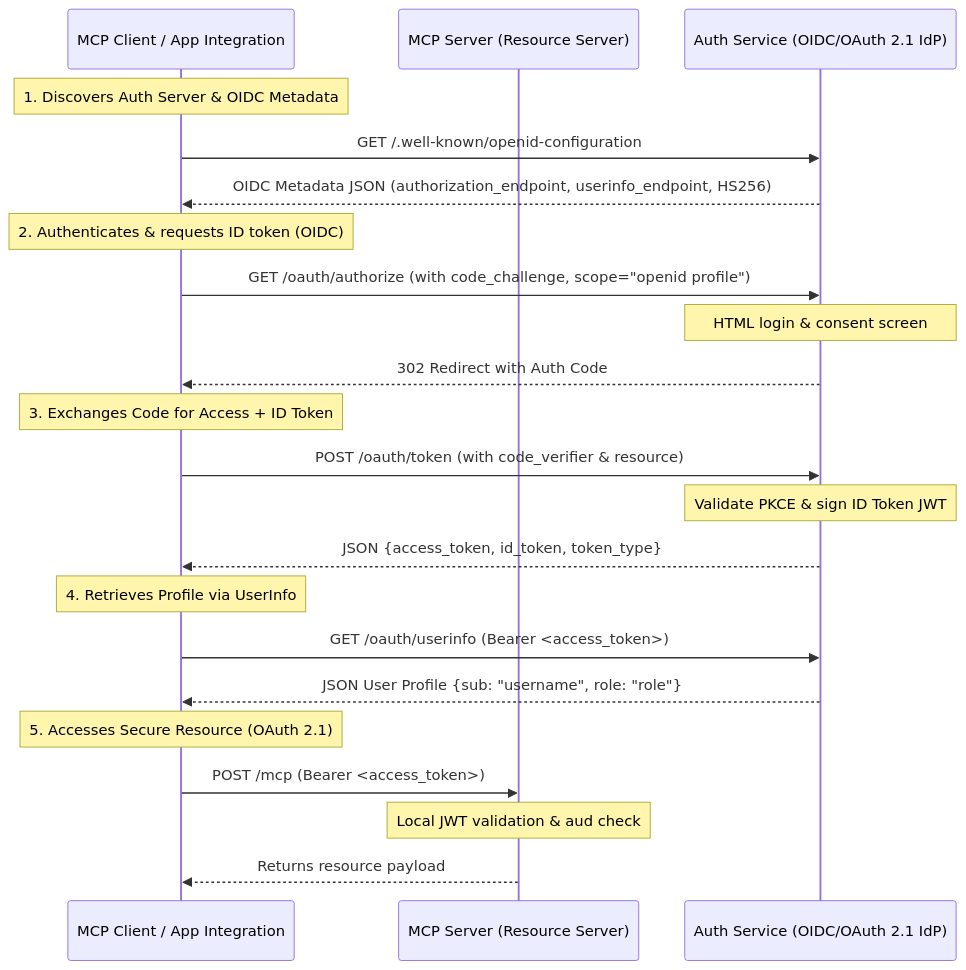
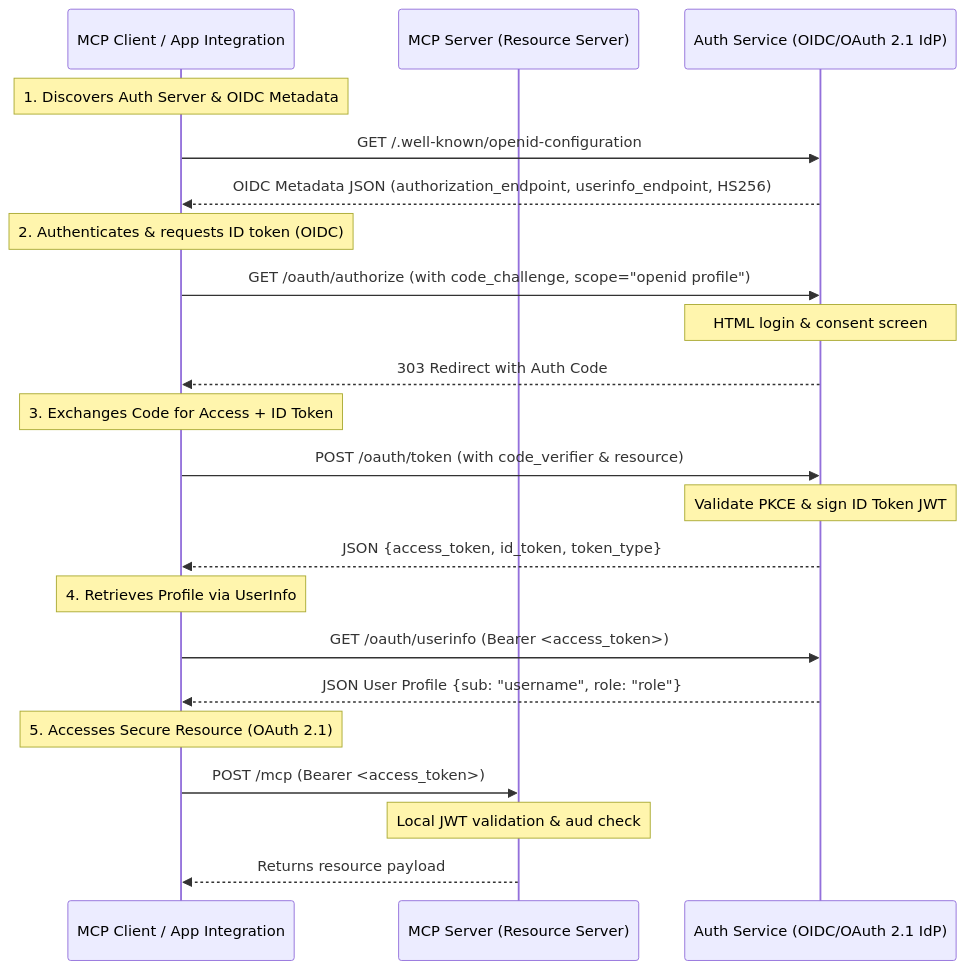
Before and after one commit to shangar-t-a/bella-keys-personal-assist: the diagram in docs/developer/mcp-authorization.md, drawn with Mermaid. The commit also changed other lines of this file and 38 other files, not shown here.

First line of the commit message:
feat(auth): implement oauth 2.1 pkce flow and custom protocol deep-linking

````diff
--- a/docs/developer/mcp-authorization.md
+++ b/docs/developer/mcp-authorization.md
@@ -14,29 +15,29 @@
 ```mermaid
 sequenceDiagram
     participant C as MCP Client / App Integration
     participant M as MCP Server (Resource Server)
     participant A as Auth Service (OIDC/OAuth 2.1 IdP)
 
     Note over C: 1. Discovers Auth Server & OIDC Metadata
     C->>A: GET /.well-known/openid-configuration
     A-->>C: OIDC Metadata JSON (authorization_endpoint, userinfo_endpoint, HS256)
 
     Note over C: 2. Authenticates & requests ID token (OIDC)
     C->>A: GET /oauth/authorize (with code_challenge, scope="openid profile")
     Note over A: HTML login & consent screen
-    A-->>C: 302 Redirect with Auth Code
+    A-->>C: 303 Redirect with Auth Code
 
     Note over C: 3. Exchanges Code for Access + ID Token
     C->>A: POST /oauth/token (with code_verifier & resource)
     Note over A: Validate PKCE & sign ID Token JWT
     A-->>C: JSON {access_token, id_token, token_type}
 
     Note over C: 4. Retrieves Profile via UserInfo
     C->>A: GET /oauth/userinfo (Bearer <access_token>)
     A-->>C: JSON User Profile {sub: "username", role: "role"}
 
     Note over C: 5. Accesses Secure Resource (OAuth 2.1)
     C->>M: POST /mcp (Bearer <access_token>)
     Note over M: Local JWT validation & aud check
     M-->>C: Returns resource payload
 ```
````
